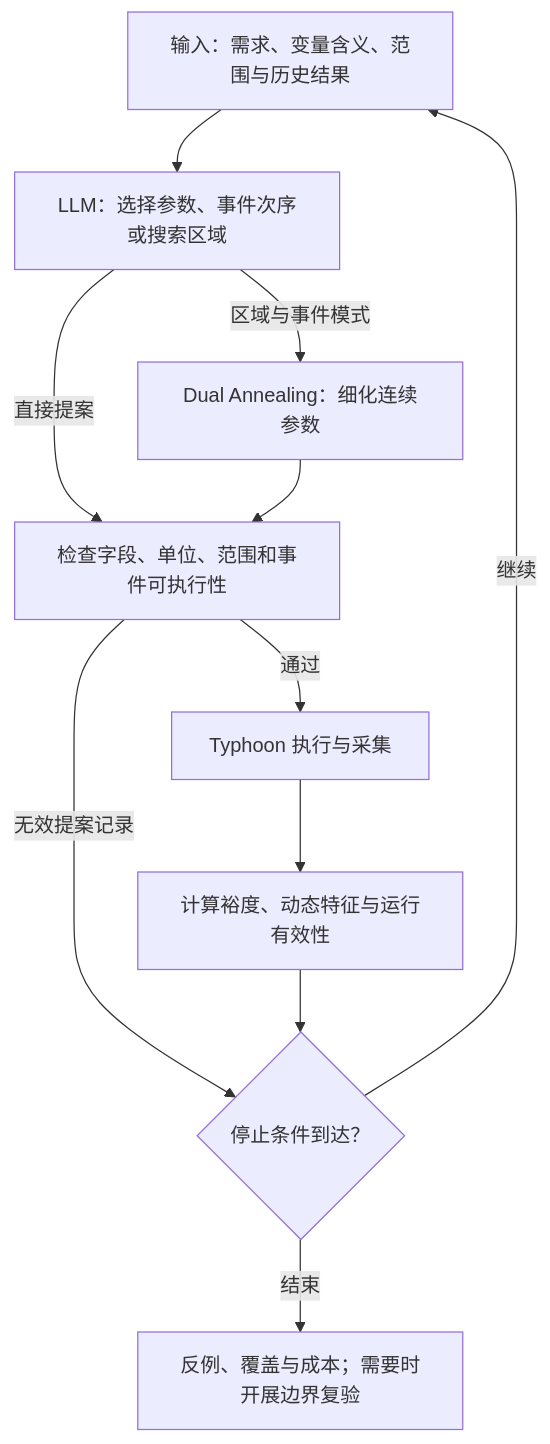
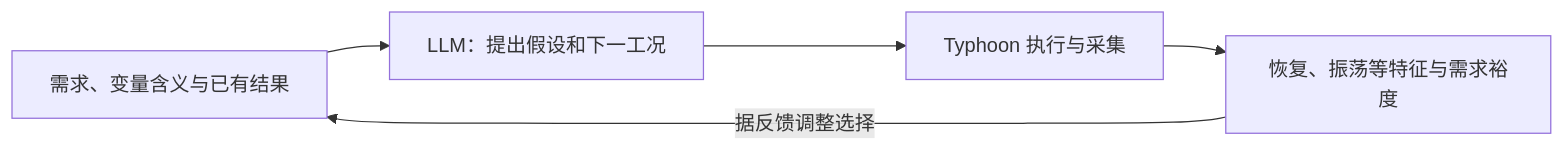
The second of 3 diagrams in docs/research/2026-11-11-hil-ai-selection/discussion-brief.md (LYX2LK/Typhoon-HIL-lab-workflow), drawn with Mermaid before and after one commit. The commit also changed other lines of this file and 3 other files, not shown here.

````diff
--- a/docs/research/2026-11-11-hil-ai-selection/discussion-brief.md
+++ b/docs/research/2026-11-11-hil-ai-selection/discussion-brief.md
@@ -40,13 +36,7 @@
 ```mermaid
-flowchart TD
-    A["输入：需求、变量含义、范围与历史结果"] --> B["LLM：选择参数、事件次序或搜索区域"]
-    B -->|直接提案| D["检查字段、单位、范围和事件可执行性"]
-    B -->|区域与事件模式| C["Dual Annealing：细化连续参数"]
-    C --> D
-    D -->|通过| E["Typhoon 执行与采集"]
-    E --> F["计算裕度、动态特征与运行有效性"]
-    D -->|无效提案记录| G{"停止条件到达？"}
-    F --> G
-    G -->|继续| A
-    G -->|结束| O["反例、覆盖与成本；需要时开展边界复验"]
+flowchart LR
+    A["需求、变量含义与已有结果"] --> B["LLM：提出假设和下一工况"]
+    B --> C["Typhoon 执行与采集"]
+    C --> D["恢复、振荡等特征与需求裕度"]
+    D -->|据反馈调整选择| A
 ```
````
